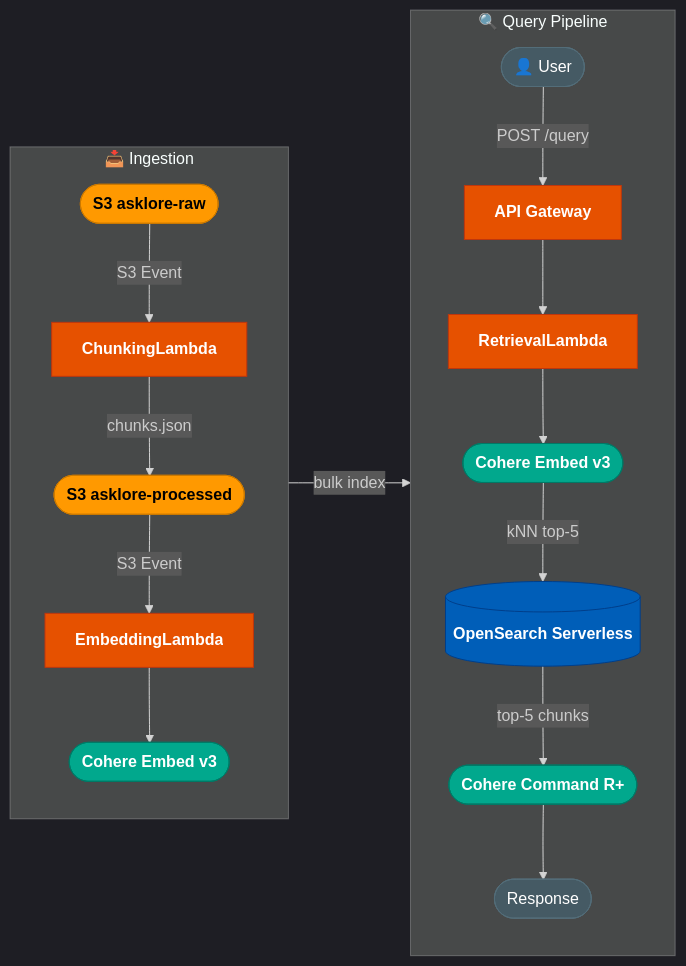
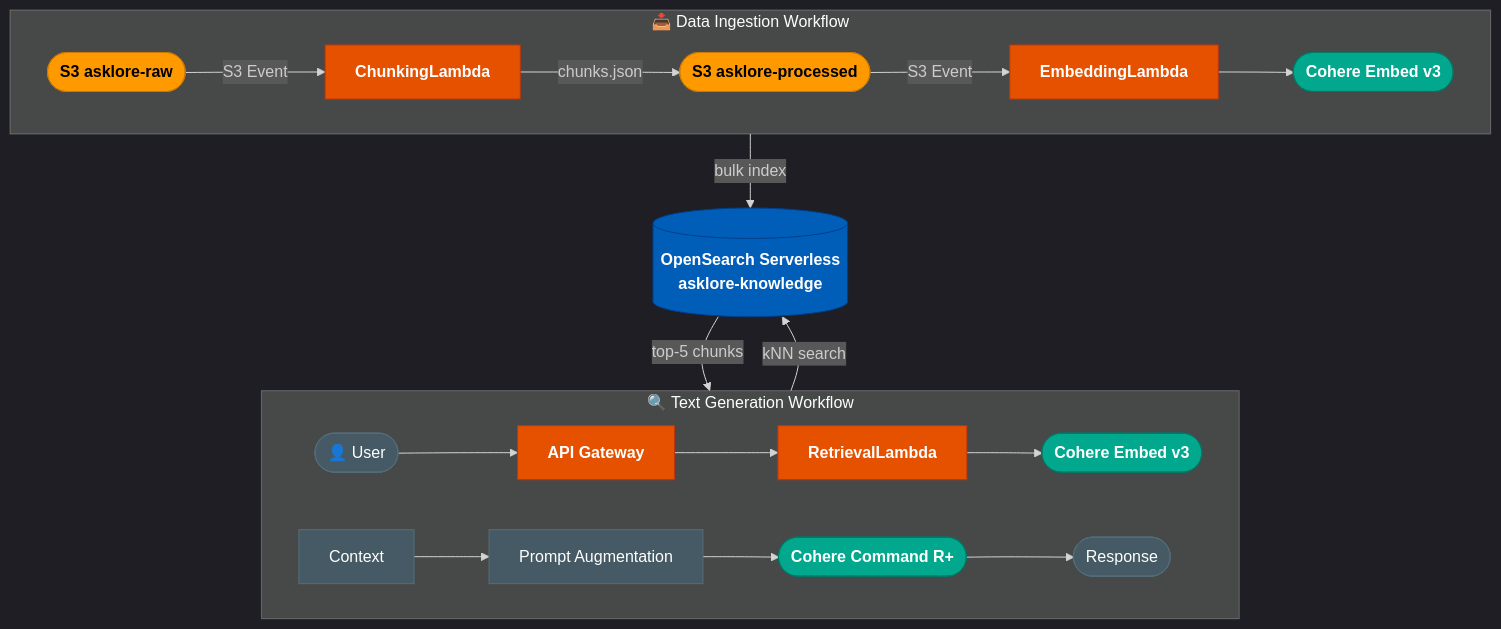
The diagram in README.md (Sunilrana1978/AskLore), drawn with Mermaid before and after one commit.

Commit message:
Restructure diagram to match two-row horizontal layout of reference
flowchart TB with direction LR inside each subgraph creates two wide
horizontal rows stacked vertically — matching the reference image's
Text Generation row on top and Data Ingestion row on bottom, connected
through a central OpenSearch vector store node.

````diff
--- a/README.md
+++ b/README.md
@@ -9,34 +9,40 @@
 ```mermaid
 %%{init: {'theme': 'dark'}}%%
-flowchart LR
+flowchart TB
 
     classDef s3      fill:#FF9900,stroke:#cc7a00,color:#000,font-weight:bold
     classDef lambda  fill:#E65100,stroke:#bf360c,color:#fff,font-weight:bold
     classDef bedrock fill:#01A88D,stroke:#007a67,color:#fff,font-weight:bold
     classDef os      fill:#005EB8,stroke:#003f8a,color:#fff,font-weight:bold
     classDef ext     fill:#455A64,stroke:#546E7A,color:#fff
 
-    subgraph ING["📥 Ingestion"]
-        direction TB
-        RAW(["S3 asklore-raw"]):::s3
+    subgraph QRY["🔍 Text Generation Workflow"]
+        direction LR
+        USR(["👤 User"]):::ext
+        GW["API Gateway"]:::lambda
+        RL["RetrievalLambda"]:::lambda
+        CE2(["Cohere Embed v3"]):::bedrock
+        CTX["Context"]:::ext
+        PA["Prompt Augmentation"]:::ext
+        LLM(["Cohere Command R+"]):::bedrock
+        RESP(["Response"]):::ext
+        USR --> GW --> RL --> CE2
+        CTX --> PA --> LLM --> RESP
+    end
+
+    VS[("OpenSearch Serverless\nasklore-knowledge")]:::os
+
+    subgraph ING["📥 Data Ingestion Workflow"]
+        direction LR
+        DS(["S3 asklore-raw"]):::s3
         CL["ChunkingLambda"]:::lambda
         PROC(["S3 asklore-processed"]):::s3
         EL["EmbeddingLambda"]:::lambda
         CE1(["Cohere Embed v3"]):::bedrock
-        RAW -->|S3 Event| CL --> |chunks.json| PROC -->|S3 Event| EL --> CE1
+        DS -->|S3 Event| CL -->|chunks.json| PROC -->|S3 Event| EL --> CE1
     end
 
-    subgraph QRY["🔍 Query Pipeline"]
-        direction TB
-        USR(["👤 User"]):::ext
-        GW["API Gateway"]:::lambda
-        RL["RetrievalLambda"]:::lambda
-        CE2(["Cohere Embed v3"]):::bedrock
-        VS[("OpenSearch Serverless")]:::os
-        LLM(["Cohere Command R+"]):::bedrock
-        OUT(["Response"]):::ext
-        USR -->|POST /query| GW --> RL --> CE2 -->|kNN top-5| VS -->|top-5 chunks| LLM --> OUT
-    end
-
+    CE2 -->|kNN search| VS
+    VS -->|top-5 chunks| CTX
     CE1 -->|bulk index| VS
 ```
````
